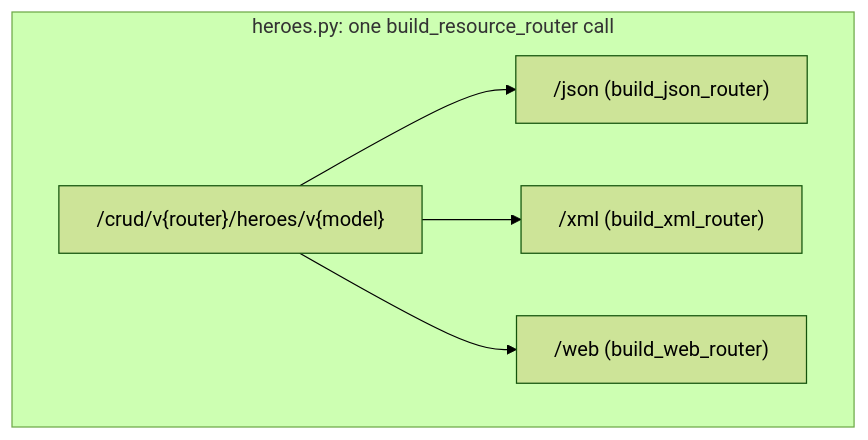
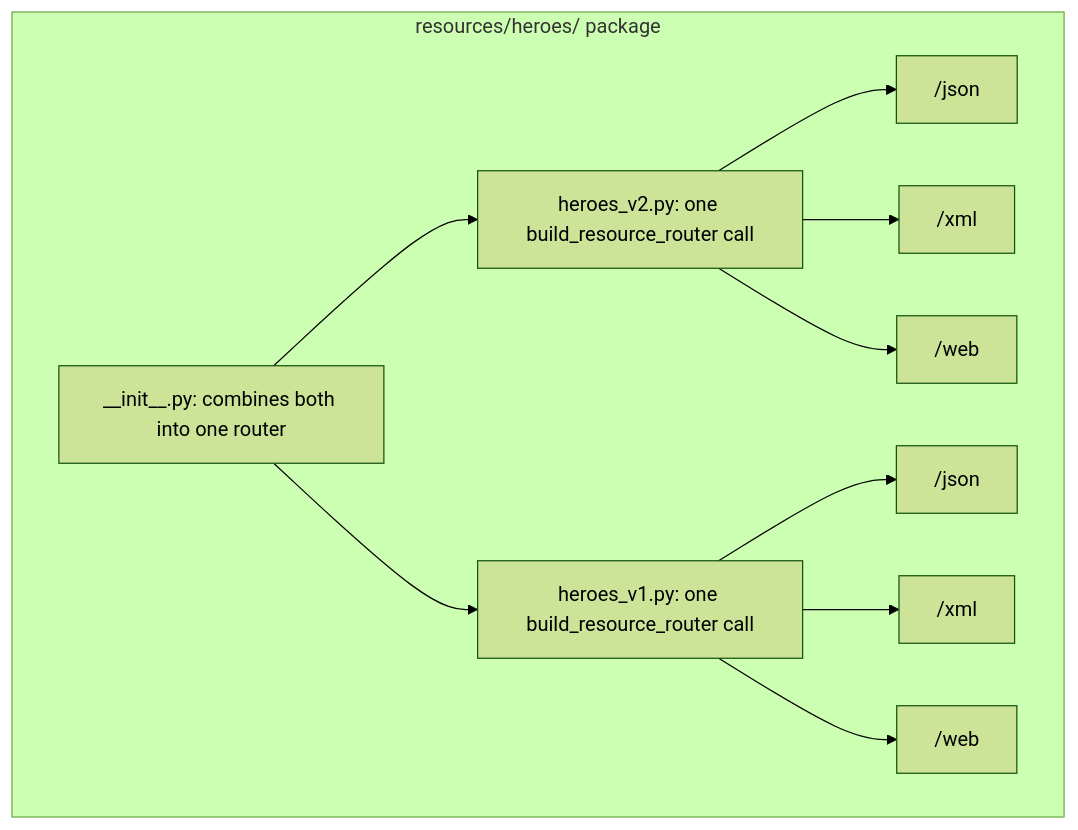
One commit to crazyracer98/template-python changed the diagram in docs/adrs/0009-explicit-crud-router-and-model-versioning-segments.md. Above: the diagram before and after it, drawn with Mermaid (forest theme). The commit also changed other lines of this file and 27 other files, not shown here.

First line of the commit message:
refactor: move resource routers into their own app.resources package

````diff
--- a/docs/adrs/0009-explicit-crud-router-and-model-versioning-segments.md
+++ b/docs/adrs/0009-explicit-crud-router-and-model-versioning-segments.md
@@ -114,9 +128,14 @@
 ```mermaid
 graph TD
-    subgraph "heroes.py: one build_resource_router call"
-        Prefix["/crud/v{router}/heroes/v{model}"]
-        Prefix --> J["/json  (build_json_router)"]
-        Prefix --> X["/xml   (build_xml_router)"]
-        Prefix --> W["/web   (build_web_router)"]
+    subgraph "resources/heroes/ package"
+        V2["heroes_v2.py: one build_resource_router call"] --> J2["/json"]
+        V2 --> X2["/xml"]
+        V2 --> W2["/web"]
+        V1["heroes_v1.py: one build_resource_router call"] --> J1["/json"]
+        V1 --> X1["/xml"]
+        V1 --> W1["/web"]
+        Init["__init__.py: combines both into one router"]
+        Init --> V2
+        Init --> V1
     end
 ```
````
